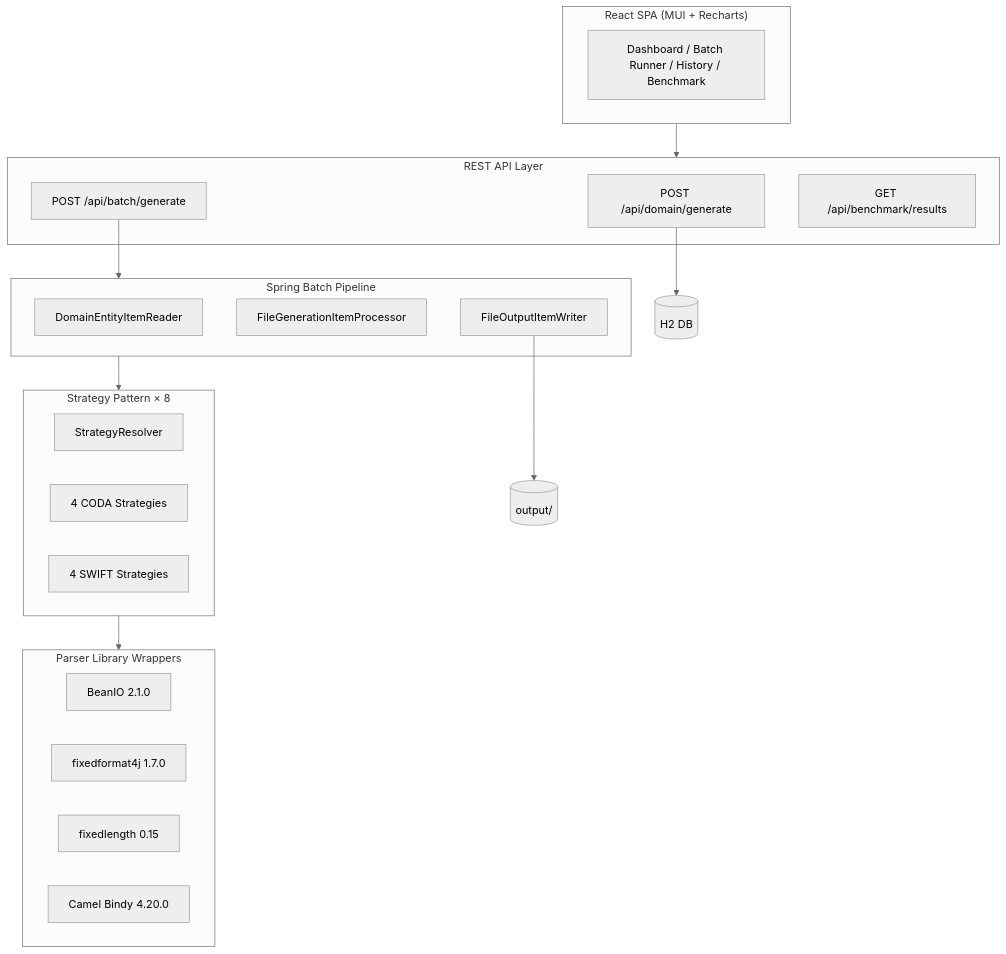
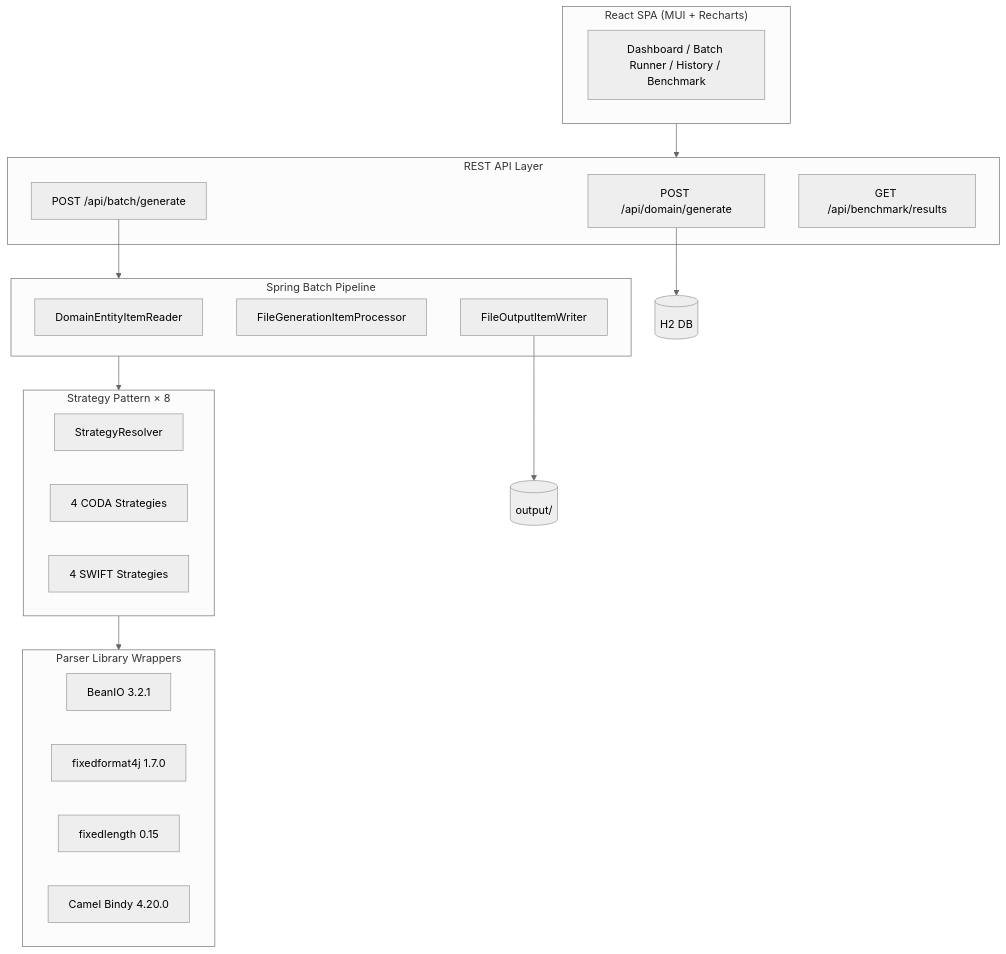
The diagram in README.md (wallaceespindola/fixed-length-converters), drawn with Mermaid (neutral theme) before and after one commit. The commit also changed other lines of this file and 4 other files, not shown here.

````diff
--- a/README.md
+++ b/README.md
@@ -30,33 +30,33 @@
 ```mermaid
 graph TB
     subgraph Frontend["React SPA (MUI + Recharts)"]
         UI[Dashboard / Batch Runner / History / Benchmark]
     end
     subgraph API["REST API Layer"]
         DC[POST /api/domain/generate]
         BC[POST /api/batch/generate]
         BNC[GET /api/benchmark/results]
     end
     subgraph Batch["Spring Batch Pipeline"]
         READER[DomainEntityItemReader]
         PROC[FileGenerationItemProcessor]
         WRITER[FileOutputItemWriter]
     end
     subgraph Strategy["Strategy Pattern × 8"]
         SR[StrategyResolver]
         C4[4 CODA Strategies]
         S4[4 SWIFT Strategies]
     end
     subgraph Parsers["Parser Library Wrappers"]
-        BIO[BeanIO 2.1.0]
+        BIO[BeanIO 3.2.1]
         FF4J[fixedformat4j 1.7.0]
         VL[fixedlength 0.15]
         BINDY[Camel Bindy 4.20.0]
     end
     Frontend --> API
     DC --> H2[(H2 DB)]
     BC --> Batch
     Batch --> Strategy
     Strategy --> Parsers
     WRITER --> output[(output/)]
 ```
````
